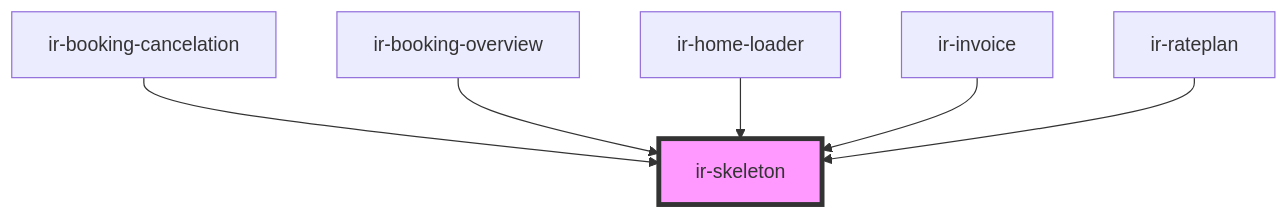
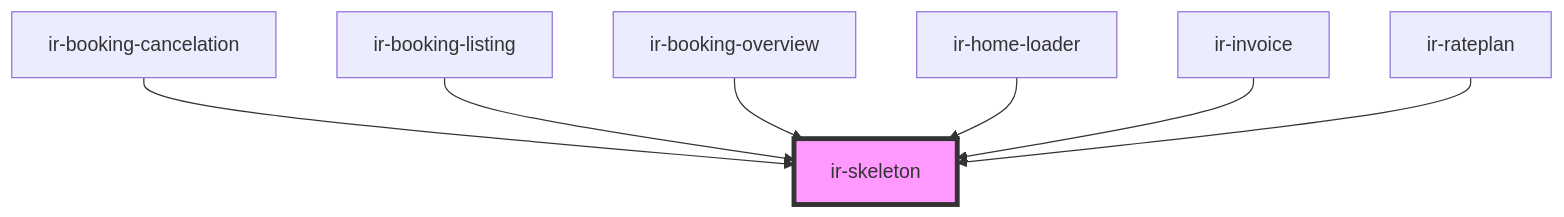
The diagram in src/components/ui/ir-skeleton/readme.md (RonyRizk/ir-be), drawn with Mermaid before and after one commit. The commit also changed other lines of this file and 7 other files, not shown here.

````diff
--- a/src/components/ui/ir-skeleton/readme.md
+++ b/src/components/ui/ir-skeleton/readme.md
@@ -27,9 +28,10 @@
 ```mermaid
 graph TD;
   ir-booking-cancelation --> ir-skeleton
+  ir-booking-listing --> ir-skeleton
   ir-booking-overview --> ir-skeleton
   ir-home-loader --> ir-skeleton
   ir-invoice --> ir-skeleton
   ir-rateplan --> ir-skeleton
   style ir-skeleton fill:#f9f,stroke:#333,stroke-width:4px
 ```
````
